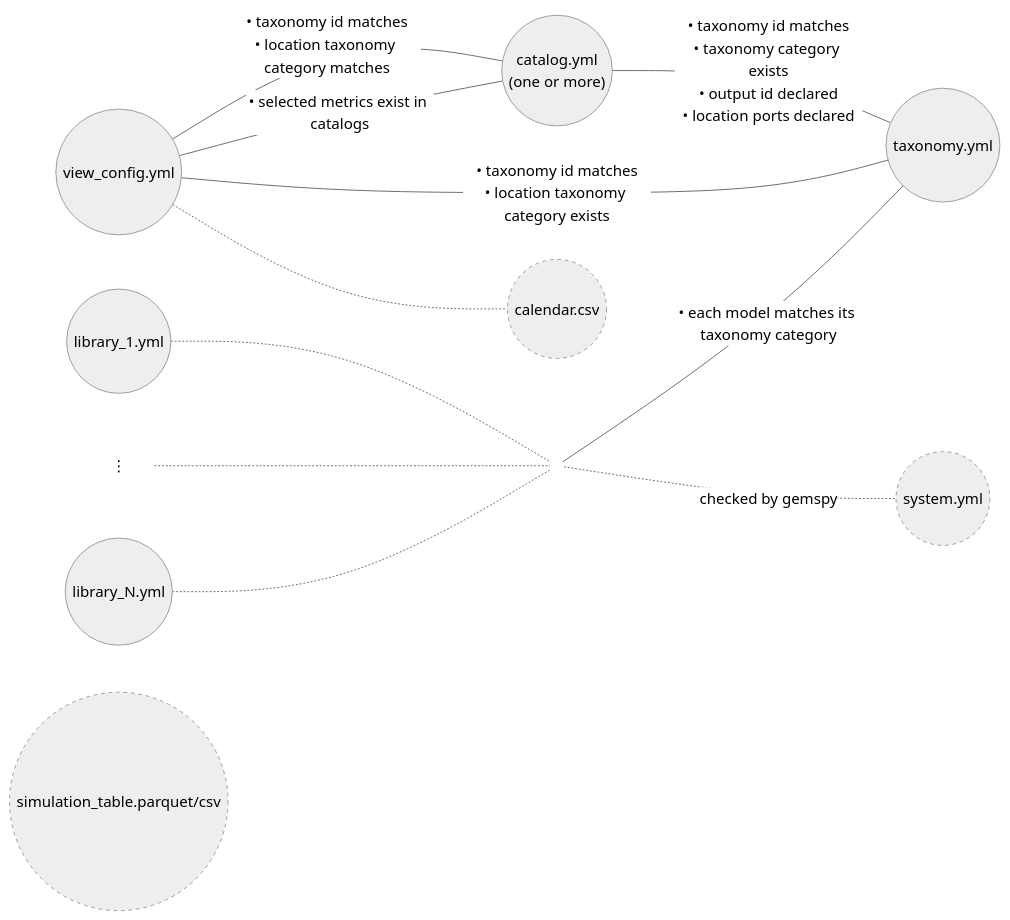
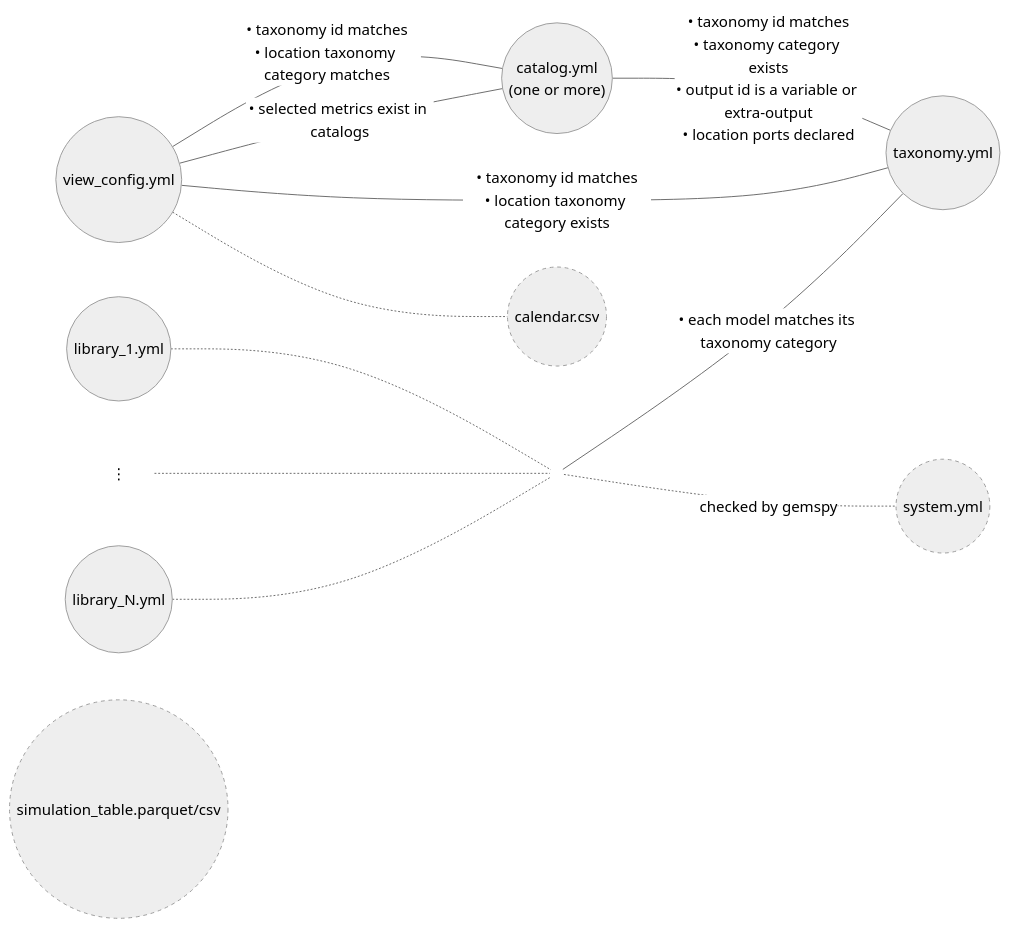
The diagram in README.md (AntaresSimulatorTeam/GEMS-ViewsBuilder), drawn with Mermaid (neutral theme) before and after one commit. The commit also changed 2 other files, not shown here.

Commit message:
refactor(validation): update output id validation logic in taxonomy
- Modified the output id validation logic in the CatalogsTaxonomyValidator to clarify that output ids must be declared as either a variable or extra-output.
- Updated related documentation in README and input validation diagram to reflect the changes in output id requirements, ensuring consistency across the codebase.

````diff
--- a/README.md
+++ b/README.md
@@ -20,30 +20,30 @@
 ```mermaid
 graph LR
     catalog(("catalog.yml<br/>(one or more)"))
     taxonomy(("taxonomy.yml"))
     view_config(("view_config.yml"))
     library_1(("library_1.yml"))
     library_dots["⋮"]
     library_n(("library_N.yml"))
     library_join((" "))
     system(("system.yml"))
     simulation_table(("simulation_table.parquet/csv"))
     calendar(("calendar.csv"))
 
-    catalog -- "• taxonomy id matches<br/>• taxonomy category exists<br/>• output id declared<br/>• location ports declared" --- taxonomy
+    catalog -- "• taxonomy id matches<br/>• taxonomy category exists<br/>• output id is a variable or extra-output<br/>• location ports declared" --- taxonomy
     view_config -- "• taxonomy id matches<br/>• location taxonomy category exists" --- taxonomy
     view_config -- "• taxonomy id matches<br/>• location taxonomy category matches" --- catalog
     view_config -- "• selected metrics exist in catalogs" --- catalog
 
     library_1 -.- library_join
     library_dots -.- library_join
     library_n -.- library_join
     library_join -- "• each model matches its taxonomy category" --- taxonomy
     library_join -. "checked by gemspy" .- system
     view_config -.- calendar
 
     classDef unvalidated stroke-dasharray: 4 4;
     classDef plain stroke: none, fill: none;
     class system,simulation_table,calendar unvalidated;
     class library_dots,library_join plain;
 ```
````
